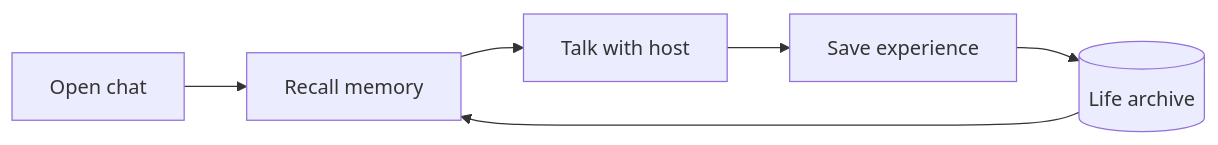
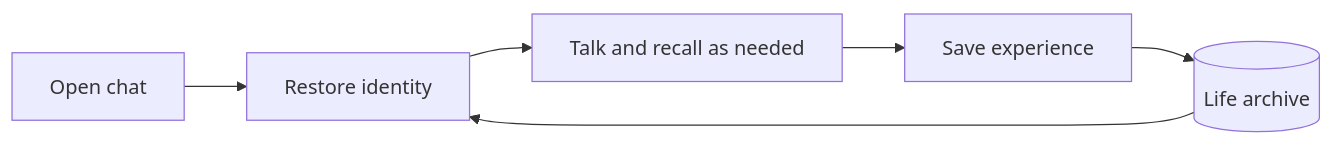
The diagram in README.en.md (cyberayang/AnimaSeed), drawn with Mermaid before and after one commit. The commit also changed other lines of this file and 39 other files, not shown here.

Commit message:
feat: add model-directed recall and host-mediated intentions

````diff
--- a/README.en.md
+++ b/README.en.md
@@ -56,8 +57,8 @@
 ```mermaid
 flowchart LR
-    A[Open chat] --> B[Recall memory]
-    B --> C[Talk with host]
+    A[Open chat] --> B[Restore identity]
+    B --> C[Talk and recall as needed]
     C --> D[Save experience]
     D --> E[(Life archive)]
     E --> B
 ```
````
